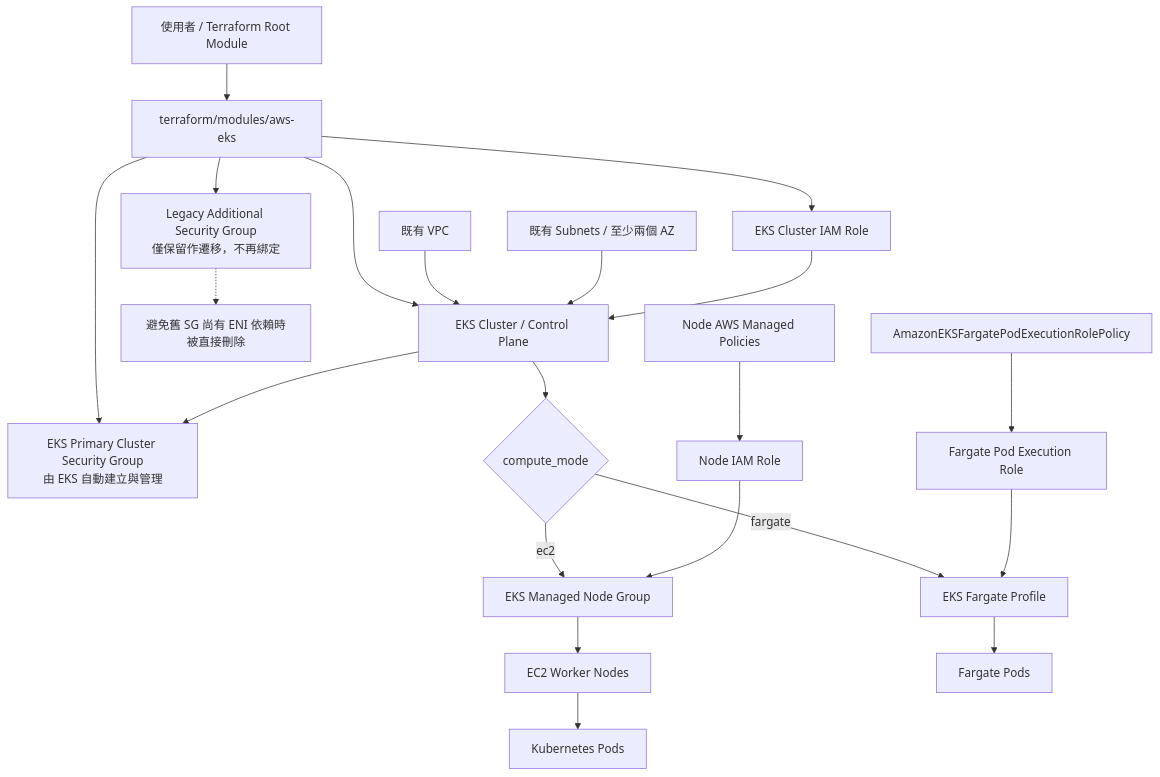
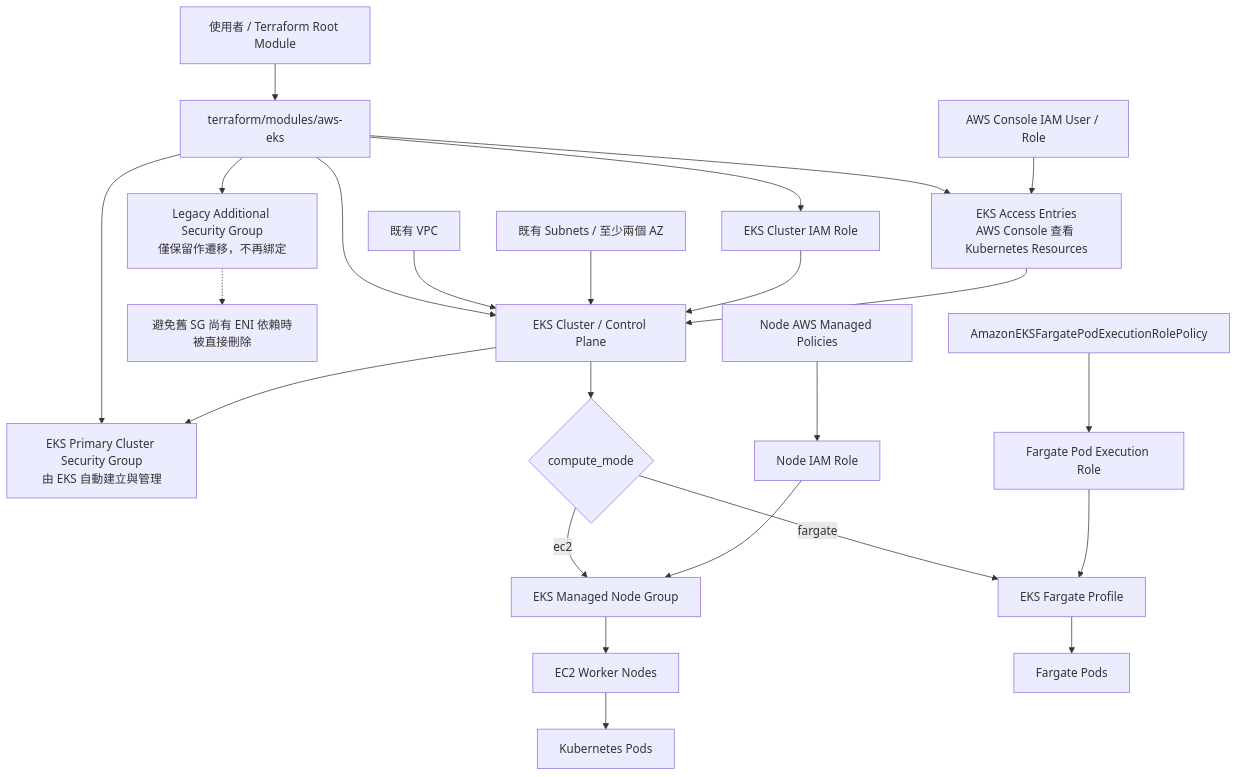
Before and after one commit to changken/infra-lab: the first of 5 diagrams in terraform/modules/aws-eks/docs/architecture.md, drawn with Mermaid. The commit also changed 6 other files, not shown here.

Commit message:
feat: update aws-eks module and 38-cicd-pipeline lab

````diff
--- a/terraform/modules/aws-eks/docs/architecture.md
+++ b/terraform/modules/aws-eks/docs/architecture.md
@@ -9,28 +9,31 @@
 ```mermaid
 flowchart TB
     user[使用者 / Terraform Root Module] --> eks_module[terraform/modules/aws-eks]
 
     eks_module --> cluster_role[EKS Cluster IAM Role]
     eks_module --> cluster_sg[EKS Primary Cluster Security Group<br/>由 EKS 自動建立與管理]
     eks_module --> legacy_sg[Legacy Additional Security Group<br/>僅保留作遷移，不再綁定]
+    eks_module --> access_entry[EKS Access Entries<br/>AWS Console 查看 Kubernetes Resources]
     eks_module --> eks_cluster[EKS Cluster / Control Plane]
 
     vpc[既有 VPC] --> eks_cluster
     subnets[既有 Subnets / 至少兩個 AZ] --> eks_cluster
     cluster_role --> eks_cluster
     eks_cluster --> cluster_sg
     legacy_sg -.-> migration_note[避免舊 SG 尚有 ENI 依賴時被直接刪除]
+    access_entry --> eks_cluster
+    console_user[AWS Console IAM User / Role] --> access_entry
 
     eks_cluster --> mode{compute_mode}
     mode -->|ec2| node_group[EKS Managed Node Group]
     mode -->|fargate| fargate_profile[EKS Fargate Profile]
 
     node_role[Node IAM Role] --> node_group
     node_policies[Node AWS Managed Policies] --> node_role
     node_group --> ec2_nodes[EC2 Worker Nodes]
     ec2_nodes --> pods_ec2[Kubernetes Pods]
 
     fargate_role[Fargate Pod Execution Role] --> fargate_profile
     fargate_policy[AmazonEKSFargatePodExecutionRolePolicy] --> fargate_role
     fargate_profile --> pods_fargate[Fargate Pods]
 ```
````
